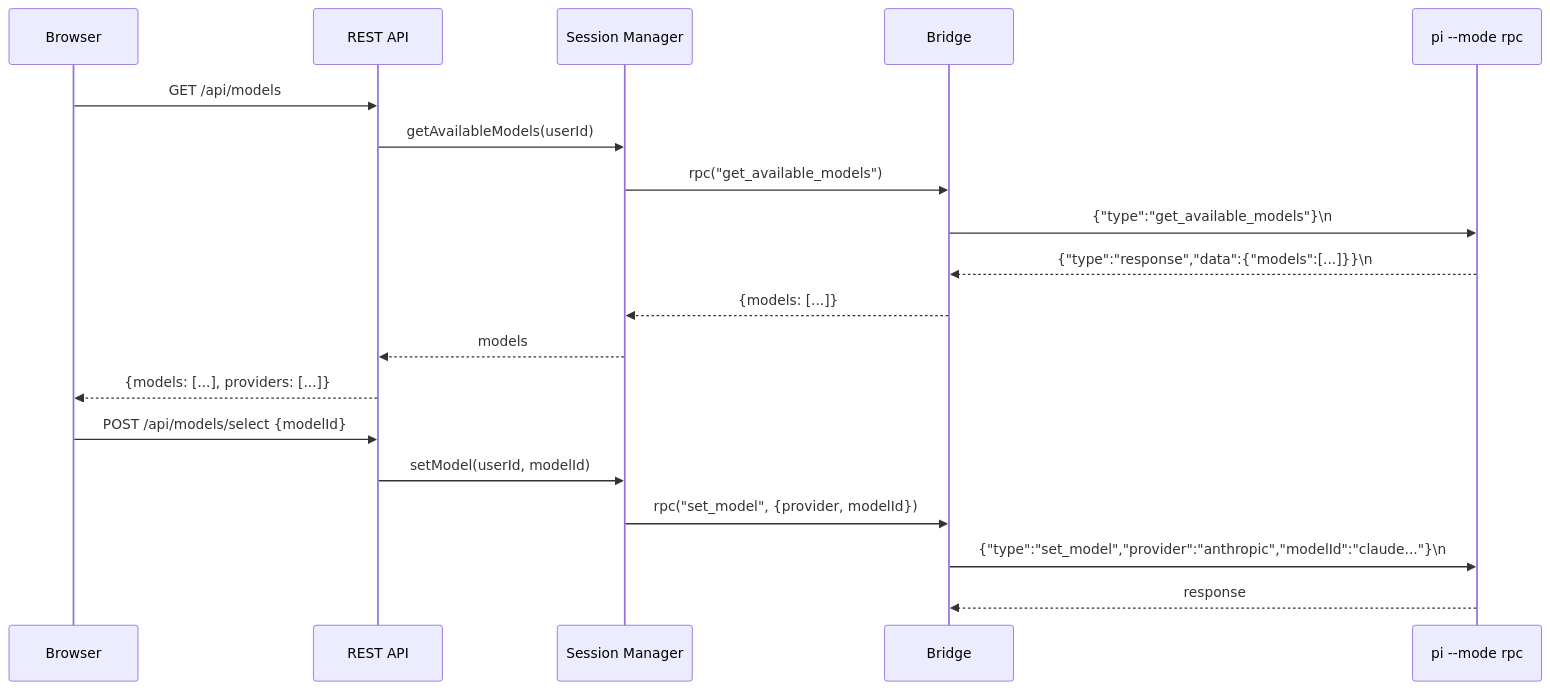
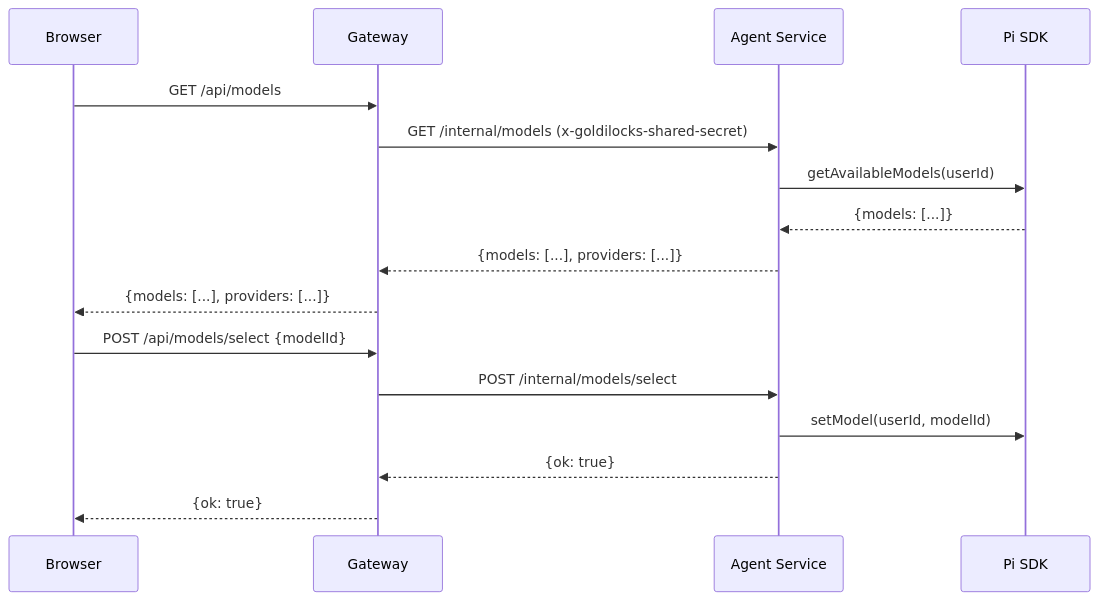
The second of 5 diagrams in docs/architecture/data-flow.md (sigilmakes/goldilocks-app), drawn with Mermaid before and after one commit. The commit also changed other lines of this file and 7 other files, not shown here.

First line of the commit message:
docs: rewrite architecture docs for agent-service topology

````diff
--- a/docs/architecture/data-flow.md
+++ b/docs/architecture/data-flow.md
@@ -51,23 +36,20 @@
 ```mermaid
 sequenceDiagram
     participant UI as Browser
-    participant API as REST API
-    participant SM as Session Manager
-    participant B as Bridge
-    participant Pi as pi --mode rpc
+    participant GW as Gateway
+    participant AS as Agent Service
+    participant SDK as Pi SDK
 
-    UI->>API: GET /api/models
-    API->>SM: getAvailableModels(userId)
-    SM->>B: rpc("get_available_models")
-    B->>Pi: {"type":"get_available_models"}\n
-    Pi-->>B: {"type":"response","data":{"models":[...]}}\n
-    B-->>SM: {models: [...]}
-    SM-->>API: models
-    API-->>UI: {models: [...], providers: [...]}
+    UI->>GW: GET /api/models
+    GW->>AS: GET /internal/models (x-goldilocks-shared-secret)
+    AS->>SDK: getAvailableModels(userId)
+    SDK-->>AS: {models: [...]}
+    AS-->>GW: {models: [...], providers: [...]}
+    GW-->>UI: {models: [...], providers: [...]}
 
-    UI->>API: POST /api/models/select {modelId}
-    API->>SM: setModel(userId, modelId)
-    SM->>B: rpc("set_model", {provider, modelId})
-    B->>Pi: {"type":"set_model","provider":"anthropic","modelId":"claude..."}\n
-    Pi-->>B: response
+    UI->>GW: POST /api/models/select {modelId}
+    GW->>AS: POST /internal/models/select
+    AS->>SDK: setModel(userId, modelId)
+    AS-->>GW: {ok: true}
+    GW-->>UI: {ok: true}
 ```
````
